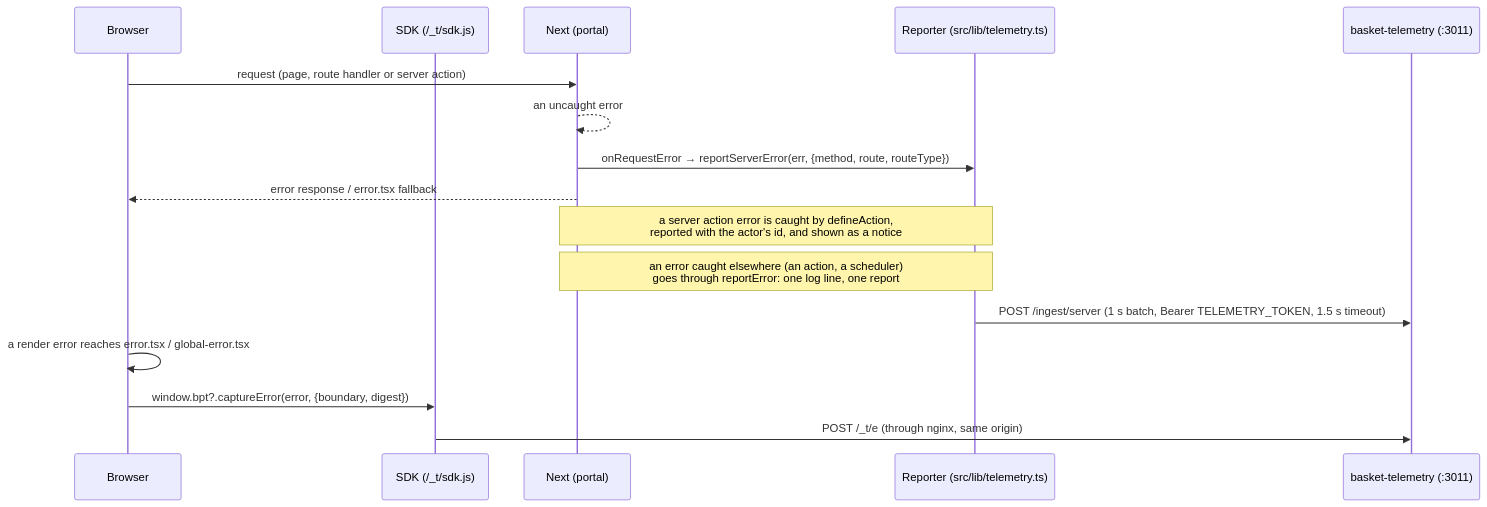
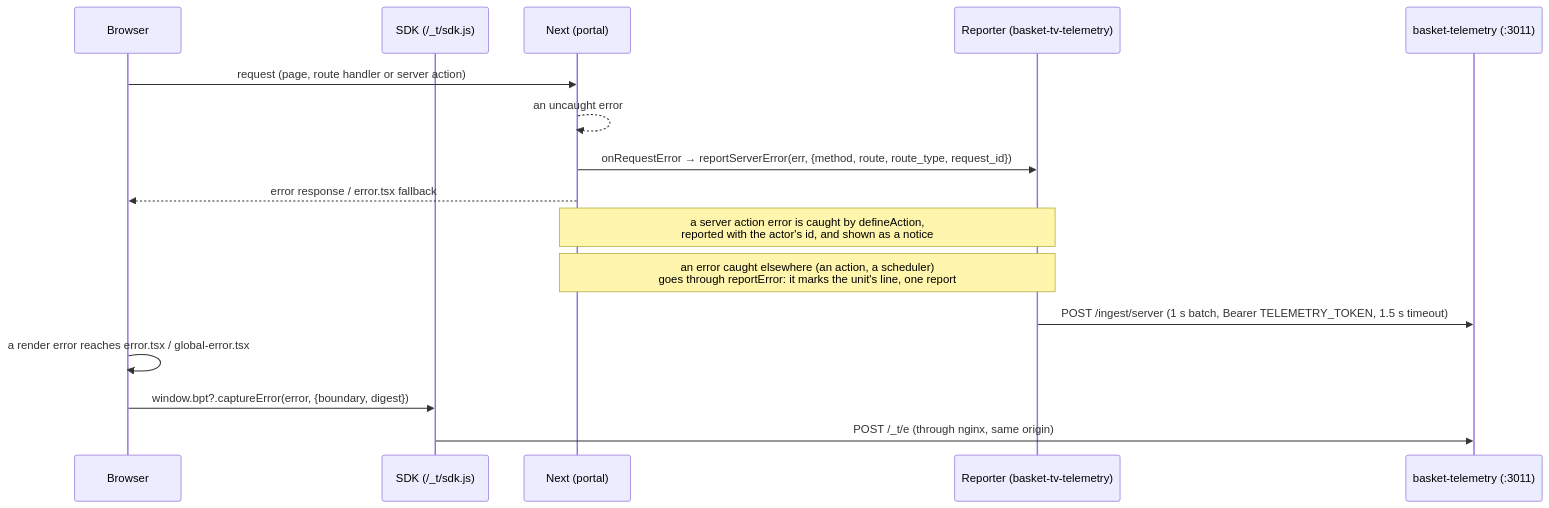
One commit to pablogranate/basket changed the second of 2 diagrams in docs/telemetry.md. Above: the diagram before and after it, drawn with Mermaid. The commit also changed other lines of this file and 80 other files, not shown here.

First line of the commit message:
feat(logging): one JSON wide event per request, action and job

````diff
--- a/docs/telemetry.md
+++ b/docs/telemetry.md
@@ -145,18 +192,18 @@
 ```mermaid
 sequenceDiagram
   participant B as Browser
   participant S as SDK (/_t/sdk.js)
   participant N as Next (portal)
-  participant R as Reporter (src/lib/telemetry.ts)
+  participant R as Reporter (basket-tv-telemetry)
   participant T as basket-telemetry (:3011)
   B->>N: request (page, route handler or server action)
   N-->>N: an uncaught error
-  N->>R: onRequestError → reportServerError(err, {method, route, routeType})
+  N->>R: onRequestError → reportServerError(err, {method, route, route_type, request_id})
   N-->>B: error response / error.tsx fallback
   Note over N,R: a server action error is caught by defineAction,<br/>reported with the actor's id, and shown as a notice
-  Note over N,R: an error caught elsewhere (an action, a scheduler)<br/>goes through reportError: one log line, one report
+  Note over N,R: an error caught elsewhere (an action, a scheduler)<br/>goes through reportError: it marks the unit's line, one report
   R->>T: POST /ingest/server (1 s batch, Bearer TELEMETRY_TOKEN, 1.5 s timeout)
   B->>B: a render error reaches error.tsx / global-error.tsx
   B->>S: window.bpt?.captureError(error, {boundary, digest})
   S->>T: POST /_t/e (through nginx, same origin)
 ```
````
